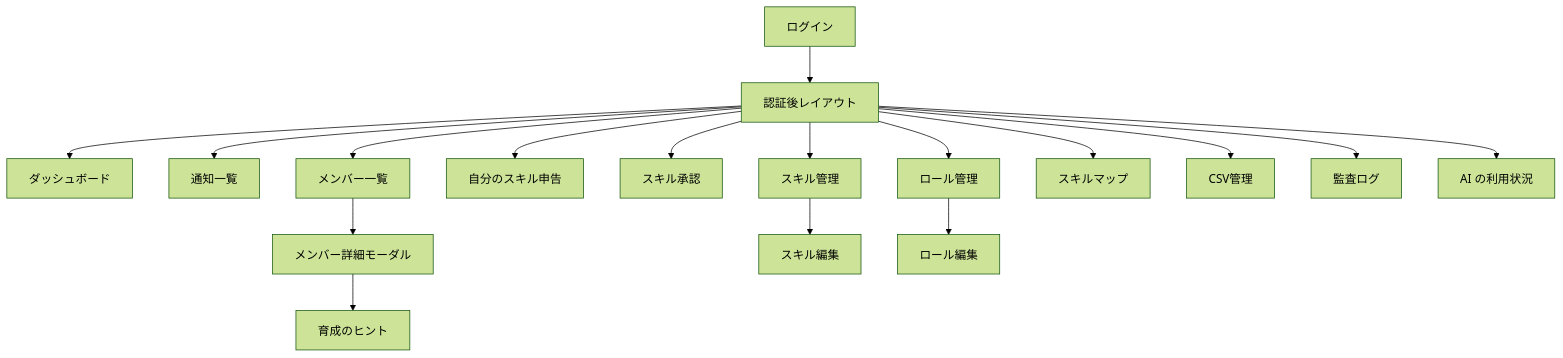
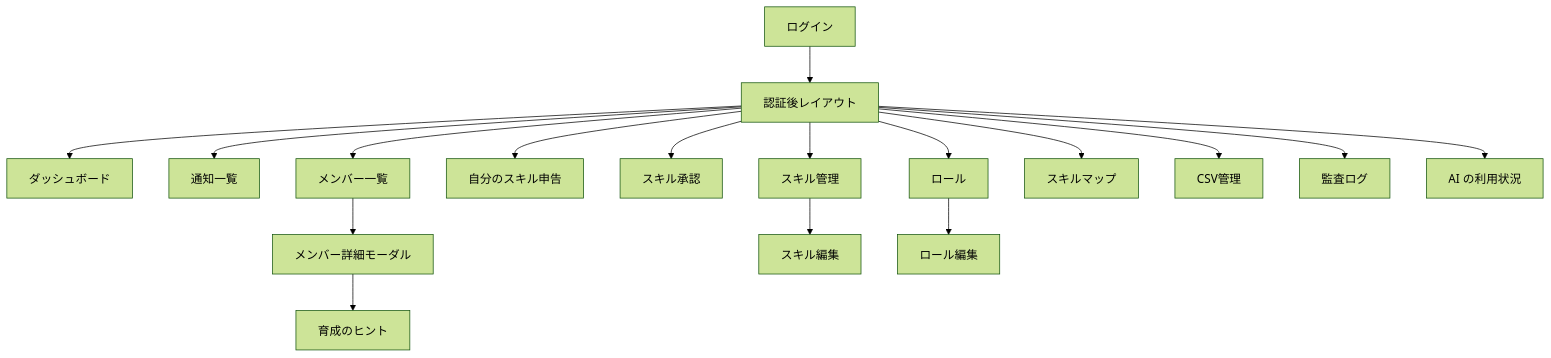
One commit to yoshiki-mizuho/Beijing-Talentmanegement changed the first of 6 diagrams in docs/SCREEN_AND_FLOW.md. Above: the diagram before and after it, drawn with Mermaid (forest theme). The commit also changed other lines of this file and 20 other files, not shown here.

````diff
--- a/docs/SCREEN_AND_FLOW.md
+++ b/docs/SCREEN_AND_FLOW.md
@@ -34,19 +34,19 @@
 ```mermaid
 flowchart TD
   Login[ログイン] --> App[認証後レイアウト]
   App --> Dashboard[ダッシュボード]
   App --> Notifications[通知一覧]
   App --> Members[メンバー一覧]
   Members --> MemberDetail[メンバー詳細モーダル]
   App --> MySkills[自分のスキル申告]
   App --> SkillApprovals[スキル承認]
   App --> Skills[スキル管理]
   Skills --> SkillEdit[スキル編集]
-  App --> Roles[ロール管理]
+  App --> Roles[ロール]
   Roles --> RoleEdit[ロール編集]
   App --> SkillMap[スキルマップ]
   App --> Csv[CSV管理]
   App --> Audit[監査ログ]
   MemberDetail --> GrowthHints[育成のヒント]
   App --> AiUsage[AI の利用状況]
 ```
````
